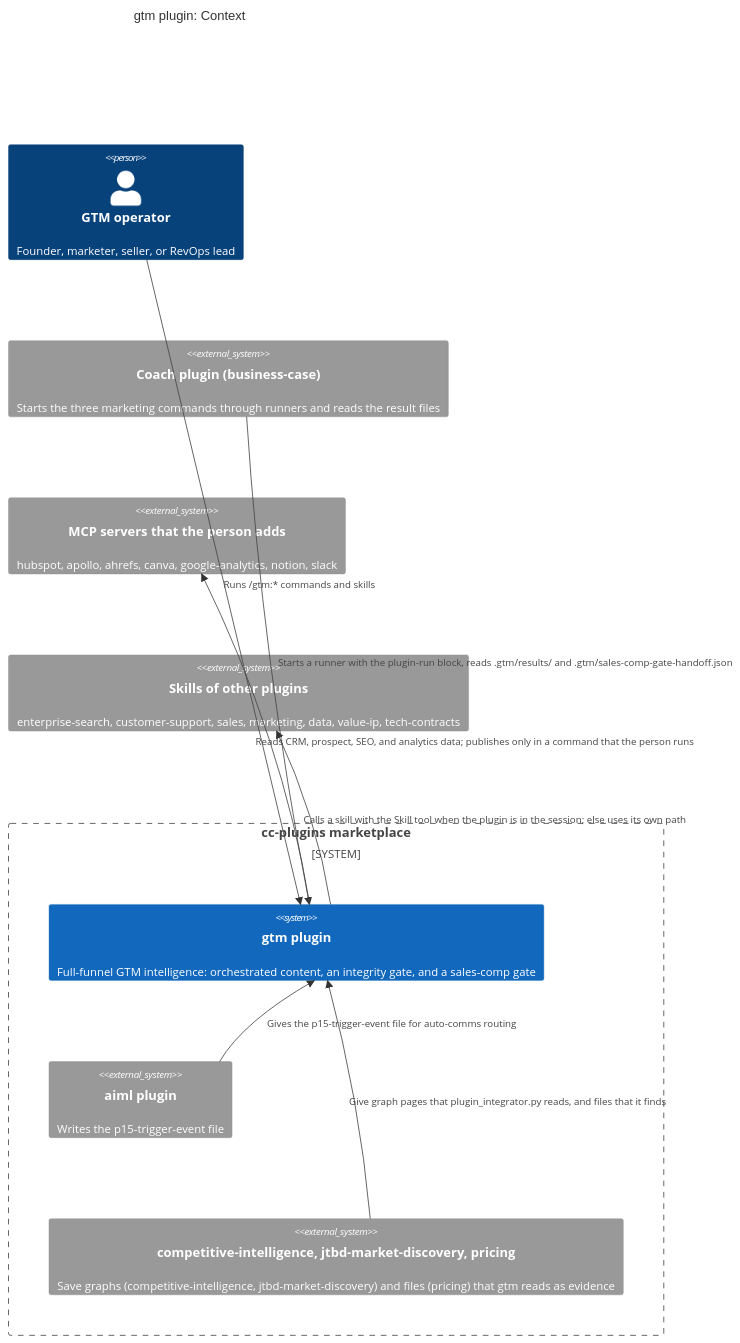
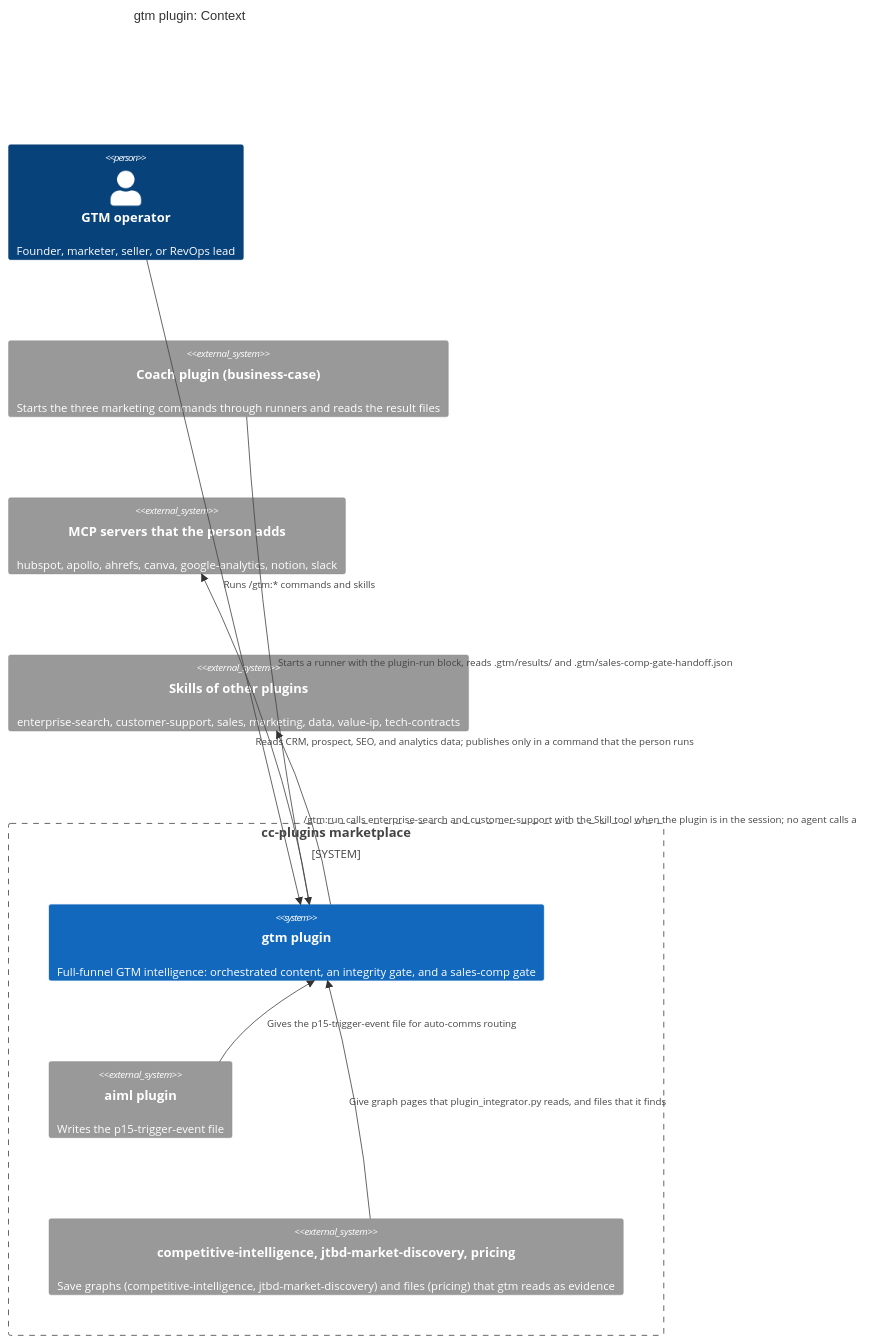
One commit to ai-advanced-futures/cc-plugins changed the first of 2 diagrams in plugins/gtm/docs/diagrams/gtm-c4-context.md. Above: the diagram before and after it, drawn with Mermaid. The commit also changed other lines of this file and 42 other files, not shown here.

````diff
--- a/plugins/gtm/docs/diagrams/gtm-c4-context.md
+++ b/plugins/gtm/docs/diagrams/gtm-c4-context.md
@@ -7,23 +7,23 @@
 ```mermaid
 C4Context
   title gtm plugin: Context
 
   Person(operator, "GTM operator", "Founder, marketer, seller, or RevOps lead")
 
   System_Boundary(mkt, "cc-plugins marketplace") {
     System(gtm, "gtm plugin", "Full-funnel GTM intelligence: orchestrated content, an integrity gate, and a sales-comp gate")
     System_Ext(aiml, "aiml plugin", "Writes the p15-trigger-event file")
     System_Ext(evidence, "competitive-intelligence, jtbd-market-discovery, pricing", "Save graphs (competitive-intelligence, jtbd-market-discovery) and files (pricing) that gtm reads as evidence")
   }
 
   System_Ext(coach, "Coach plugin (business-case)", "Starts the three marketing commands through runners and reads the result files")
   System_Ext(servers, "MCP servers that the person adds", "hubspot, apollo, ahrefs, canva, google-analytics, notion, slack")
   System_Ext(skills, "Skills of other plugins", "enterprise-search, customer-support, sales, marketing, data, value-ip, tech-contracts")
 
   Rel(operator, gtm, "Runs /gtm:* commands and skills")
   Rel(coach, gtm, "Starts a runner with the plugin-run block, reads .gtm/results/ and .gtm/sales-comp-gate-handoff.json")
   Rel(aiml, gtm, "Gives the p15-trigger-event file for auto-comms routing")
   Rel(evidence, gtm, "Give graph pages that plugin_integrator.py reads, and files that it finds")
   Rel(gtm, servers, "Reads CRM, prospect, SEO, and analytics data; publishes only in a command that the person runs")
-  Rel(gtm, skills, "Calls a skill with the Skill tool when the plugin is in the session; else uses its own path")
+  Rel(gtm, skills, "/gtm:run calls enterprise-search and customer-support with the Skill tool when the plugin is in the session; no agent calls a skill")
 ```
````
